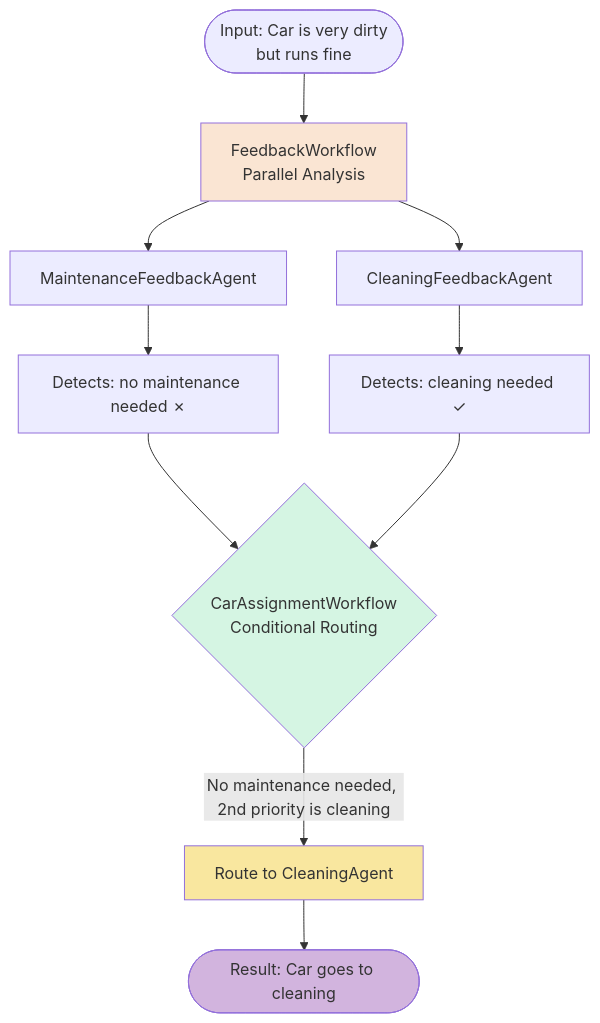
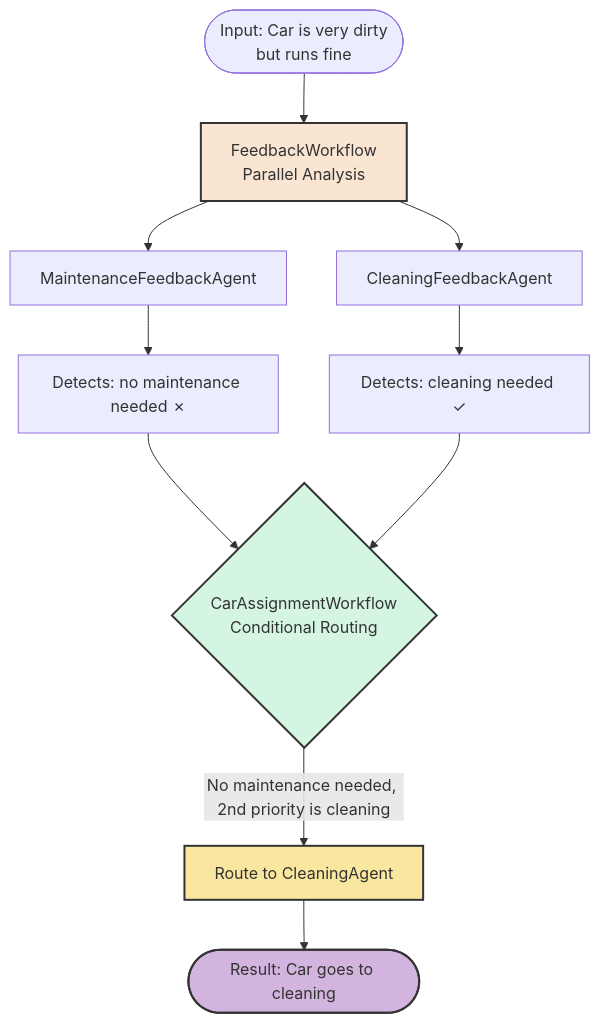
Before and after one commit to quarkusio/quarkus-workshop-langchain4j: the fifth of 6 diagrams in docs/docs/section-2/step-03.md, drawn with Mermaid. The commit also changed other lines of this file and 6 other files, not shown here.

Commit message:
update docs for better flow, and fix diagrams (#301)

````diff
--- a/docs/docs/section-2/step-03.md
+++ b/docs/docs/section-2/step-03.md
@@ -266,23 +266,23 @@
 ```mermaid
 flowchart TD
     Start([Input: Car is very dirty<br/>but runs fine])
     
     Start --> FW[FeedbackWorkflow<br/>Parallel Analysis]
     
     FW --> MFA[MaintenanceFeedbackAgent]
     FW --> CFA[CleaningFeedbackAgent]
     
     MFA --> MR[Detects: no maintenance needed ✗]
     CFA --> CR[Detects: cleaning needed ✓]
     
     MR --> CAW{CarAssignmentWorkflow<br/>Conditional Routing}
     CR --> CAW
     
     CAW -->|No maintenance needed, 2nd priority is cleaning| CA[Route to CleaningAgent]
     CA --> Result([Result: Car goes to cleaning])
     
-    style FW fill:#FAE5D3
-    style CAW fill:#D5F5E3
-    style CA fill:#F9E79F
-    style Result fill:#D2B4DE
+    style FW fill:#FAE5D3,stroke:#333,stroke-width:2,color:#333
+    style CAW fill:#D5F5E3,stroke:#333,stroke-width:2,color:#333
+    style CA fill:#F9E79F,stroke:#333,stroke-width:2,color:#333
+    style Result fill:#D2B4DE,stroke:#333,stroke-width:2,color:#333
 ```
````
